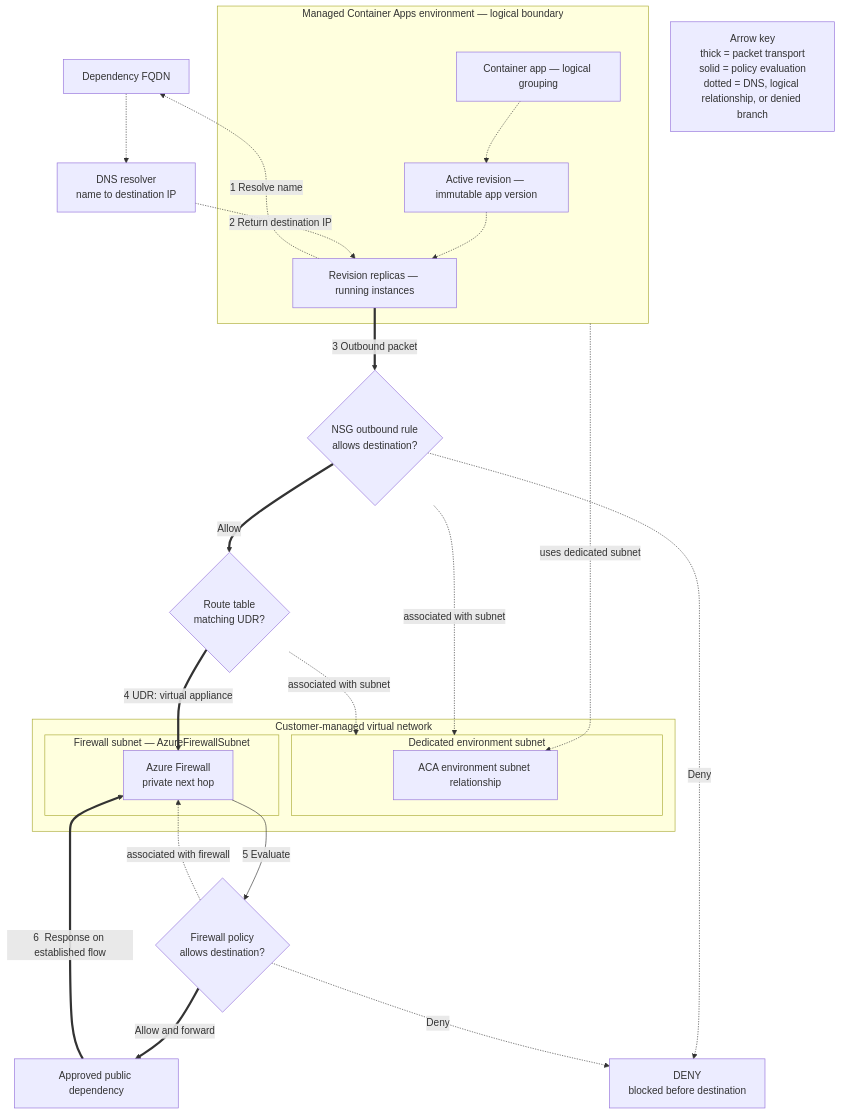
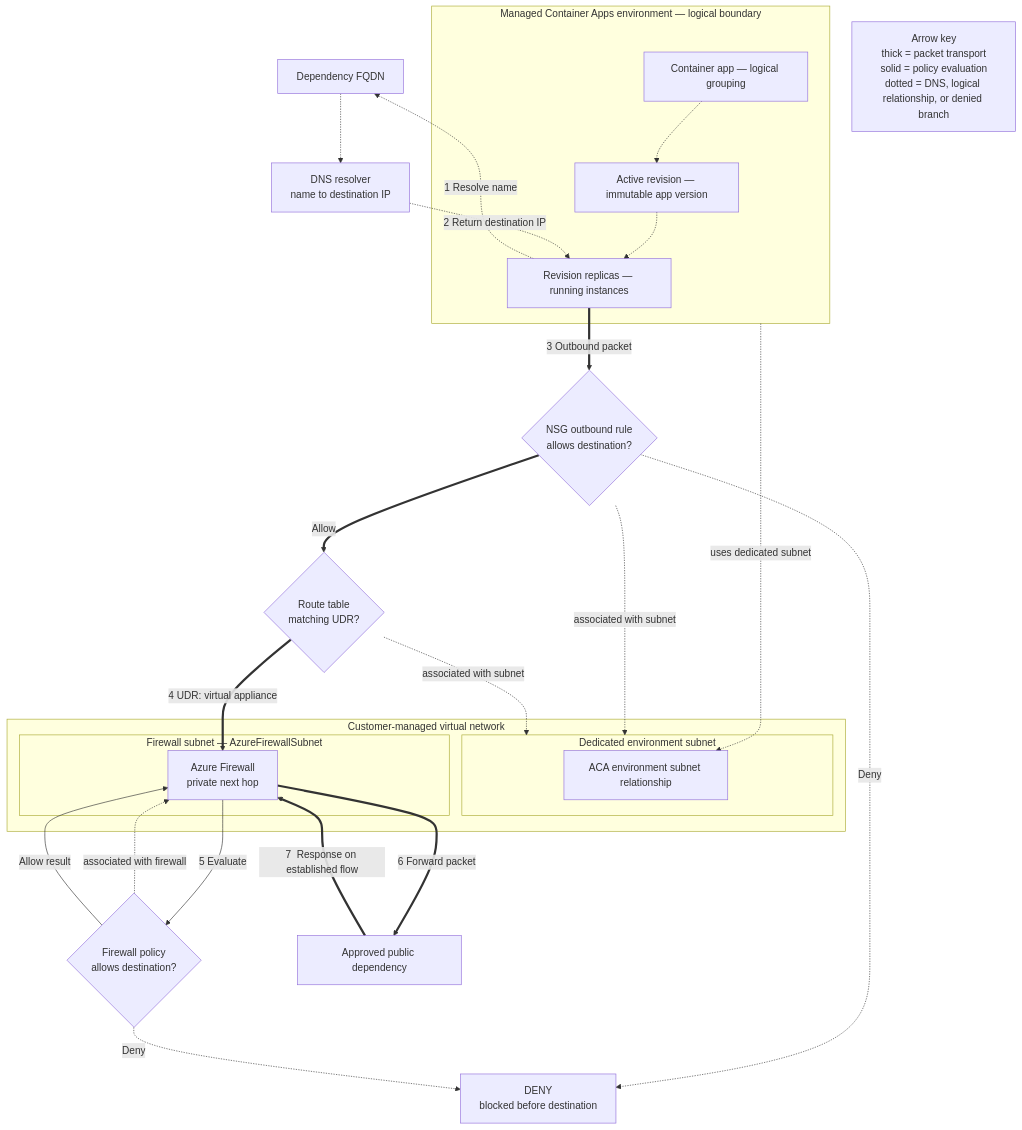
One commit to yeongseon/azure-container-apps-practical-guide changed the first of 3 diagrams in docs/platform/networking/egress-control.md. Above: the diagram before and after it, drawn with Mermaid. The commit also changed other lines of this file and 1 other file, not shown here.

Commit message:
fix(diagrams): align egress flows with Azure contracts

````diff
--- a/docs/platform/networking/egress-control.md
+++ b/docs/platform/networking/egress-control.md
@@ -97,50 +99,51 @@
 ```mermaid
 flowchart TD
     accTitle: Container Apps outbound traffic through Azure Firewall
     accDescr: A logical Container Apps revision and replica use a dedicated environment subnet relationship. DNS resolution is separate from the packet path. The subnet NSG and route table evaluate outbound traffic before a default user-defined route selects Azure Firewall, whose policy allows or denies transport to a public dependency.
 
     DNS_NAME["Dependency FQDN"]
     DNS["DNS resolver<br/>name to destination IP"]
 
     subgraph ENV["Managed Container Apps environment — logical boundary"]
         APP["Container app — logical grouping"]
         REV_ACTIVE["Active revision — immutable app version"]
         REPLICAS["Revision replicas — running instances"]
         APP -.-> REV_ACTIVE
         REV_ACTIVE -.-> REPLICAS
     end
 
     subgraph VNET["Customer-managed virtual network"]
         subgraph ENV_SUBNET["Dedicated environment subnet"]
             SUBNET_LINK["ACA environment subnet relationship"]
         end
 
         subgraph FW_SUBNET["Firewall subnet — AzureFirewallSubnet"]
             FW["Azure Firewall<br/>private next hop"]
         end
     end
 
     NSG{"NSG outbound rule<br/>allows destination?"}
     ROUTE{"Route table<br/>matching UDR?"}
     POLICY{"Firewall policy<br/>allows destination?"}
     DEST["Approved public dependency"]
     DENY["DENY<br/>blocked before destination"]
 
     ENV -.->|"uses dedicated subnet"| SUBNET_LINK
     NSG -.->|"associated with subnet"| ENV_SUBNET
     ROUTE -.->|"associated with subnet"| ENV_SUBNET
     POLICY -.->|"associated with firewall"| FW
     REPLICAS -.->|"1  Resolve name"| DNS_NAME
     DNS_NAME -.-> DNS
     DNS -.->|"2  Return destination IP"| REPLICAS
     REPLICAS ==>|"3  Outbound packet"| NSG
     NSG ==>|"Allow"| ROUTE
     NSG -.->|"Deny"| DENY
     ROUTE ==>|"4  UDR: virtual appliance"| FW
     FW -->|"5  Evaluate"| POLICY
-    POLICY ==>|"Allow and forward"| DEST
+    POLICY -->|"Allow result"| FW
     POLICY -.->|"Deny"| DENY
-    DEST ==>|"6  Response on established flow"| FW
+    FW ==>|"6  Forward packet"| DEST
+    DEST ==>|"7  Response on established flow"| FW
 
     LEGEND["Arrow key<br/>thick = packet transport<br/>solid = policy evaluation<br/>dotted = DNS, logical relationship, or denied branch"]
 ```
````
